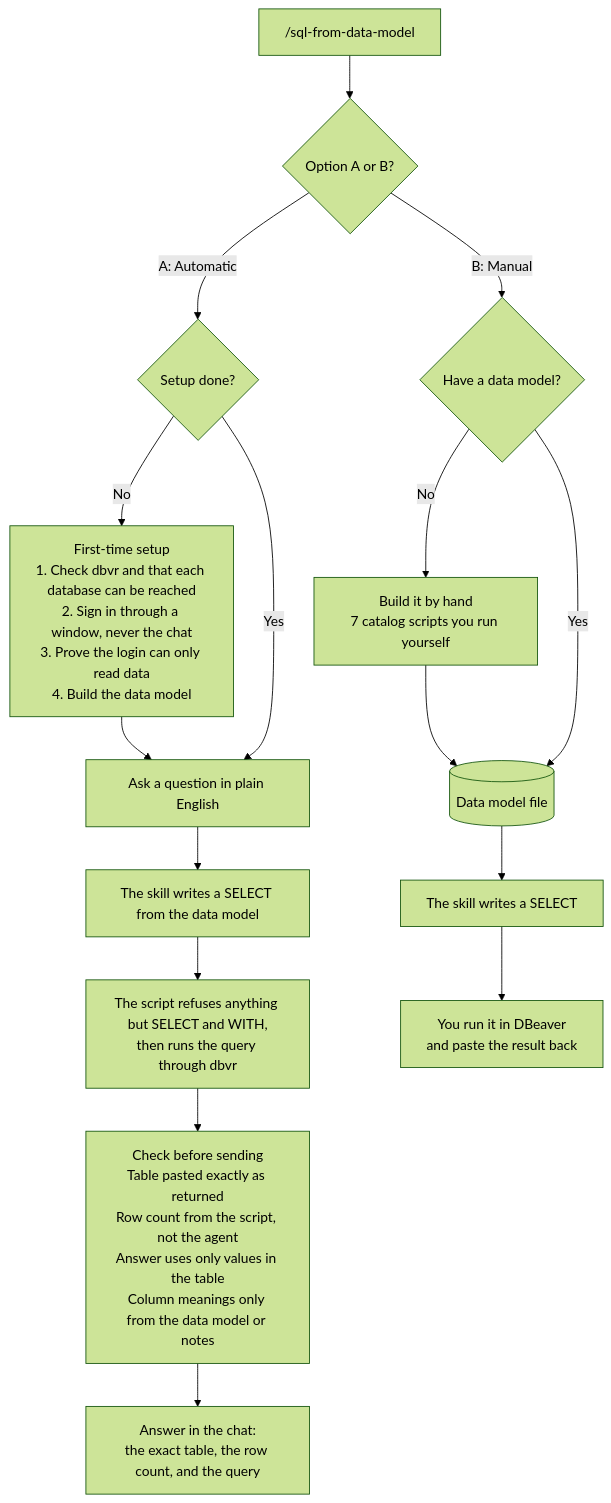
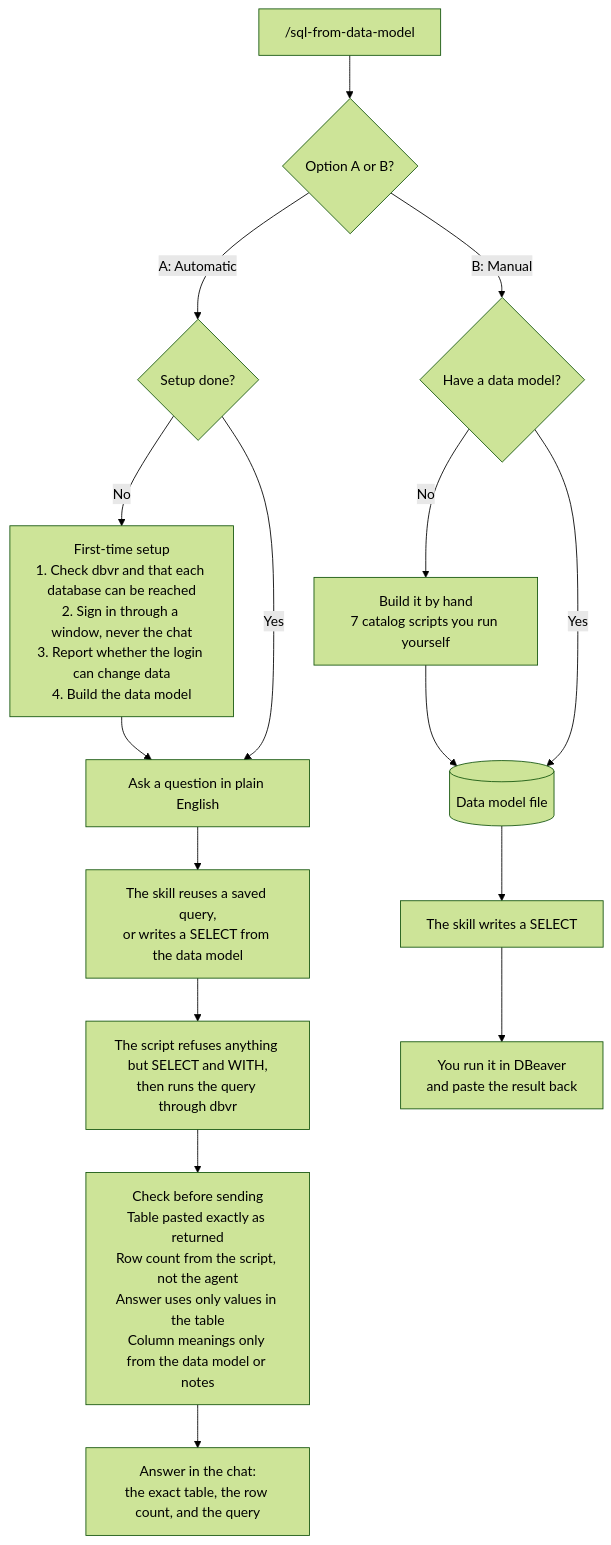
The diagram in README.md (Tytrana/data-model-skills-ty), drawn with Mermaid (forest theme) before and after one commit. The commit also changed other lines of this file and 8 other files, not shown here.

````diff
--- a/README.md
+++ b/README.md
@@ -26,20 +26,20 @@
 ```mermaid
 flowchart TD
   start["/sql-from-data-model"] --> menu{"Option A or B?"}
 
   menu -->|"A: Automatic"| done{"Setup done?"}
-  done -->|No| setup["First-time setup<br/>1. Check dbvr and that each database can be reached<br/>2. Sign in through a window, never the chat<br/>3. Prove the login can only read data<br/>4. Build the data model"]
+  done -->|No| setup["First-time setup<br/>1. Check dbvr and that each database can be reached<br/>2. Sign in through a window, never the chat<br/>3. Report whether the login can change data<br/>4. Build the data model"]
   setup --> ask
   done -->|Yes| ask["Ask a question in plain English"]
-  ask --> write["The skill writes a SELECT from the data model"]
+  ask --> write["The skill reuses a saved query,<br/>or writes a SELECT from the data model"]
   write --> run["The script refuses anything but SELECT and WITH,<br/>then runs the query through dbvr"]
   run --> verify["Check before sending<br/>Table pasted exactly as returned<br/>Row count from the script, not the agent<br/>Answer uses only values in the table<br/>Column meanings only from the data model or notes"]
   verify --> answer["Answer in the chat:<br/>the exact table, the row count, and the query"]
 
   menu -->|"B: Manual"| has{"Have a data model?"}
   has -->|No| discover["Build it by hand<br/>7 catalog scripts you run yourself"]
   discover --> model[("Data model file")]
   has -->|Yes| model
   model --> writeb["The skill writes a SELECT"]
   writeb --> dbeaver["You run it in DBeaver<br/>and paste the result back"]
 ```
````
